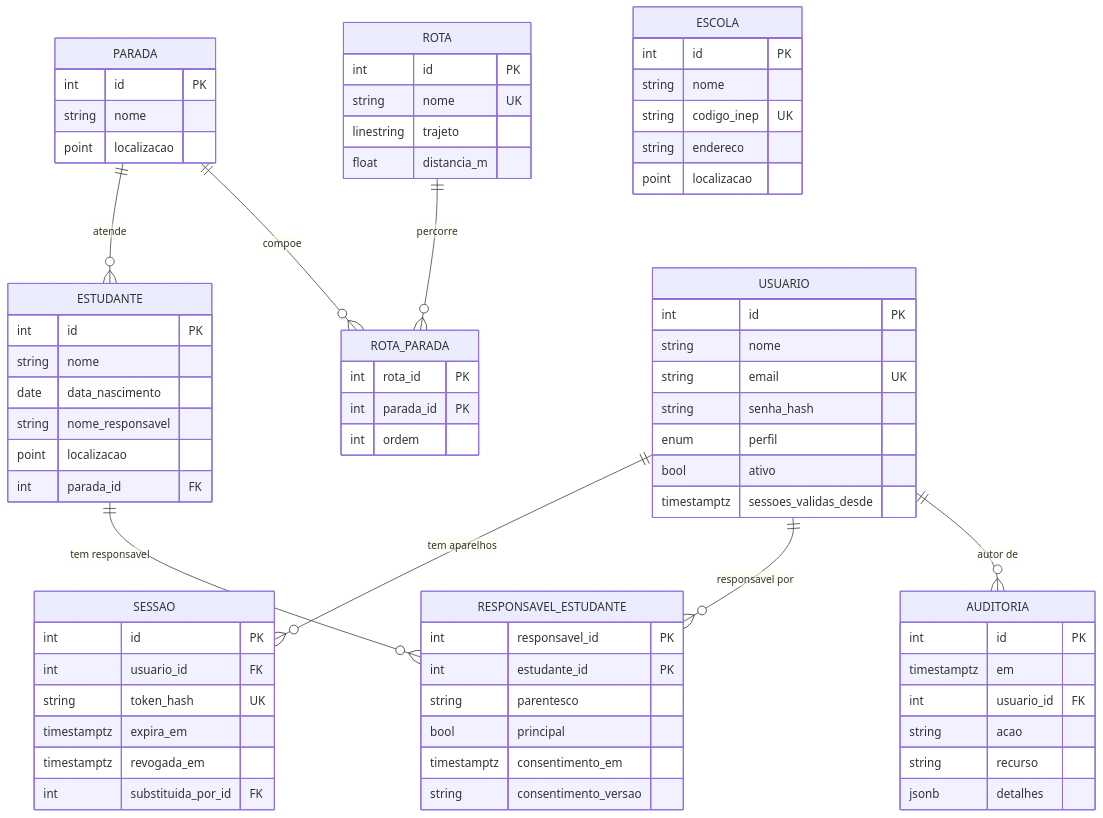
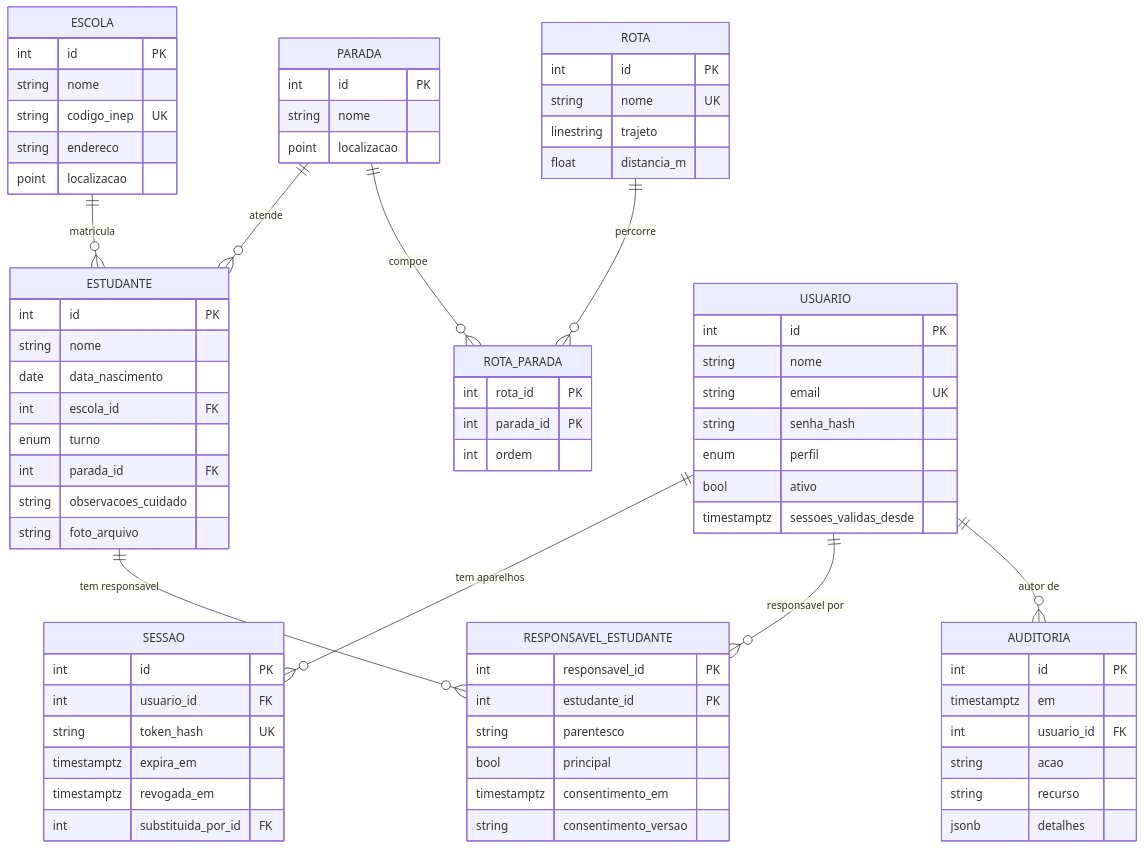
The diagram in docs/modelo-er.md (noirelab/educamobile), drawn with Mermaid before and after one commit. The commit also changed other lines of this file and 24 other files, not shown here.

````diff
--- a/docs/modelo-er.md
+++ b/docs/modelo-er.md
@@ -5,57 +5,60 @@
 ```mermaid
 erDiagram
     PARADA ||--o{ ESTUDANTE : atende
     ROTA ||--o{ ROTA_PARADA : percorre
     PARADA ||--o{ ROTA_PARADA : compoe
     USUARIO ||--o{ SESSAO : "tem aparelhos"
     USUARIO ||--o{ RESPONSAVEL_ESTUDANTE : "responsavel por"
     ESTUDANTE ||--o{ RESPONSAVEL_ESTUDANTE : "tem responsavel"
     USUARIO ||--o{ AUDITORIA : "autor de"
 
     ESCOLA { int id PK
         string nome
         string codigo_inep UK
         string endereco
         point localizacao }
+    ESCOLA ||--o{ ESTUDANTE : matricula
     ESTUDANTE { int id PK
         string nome
         date data_nascimento
-        string nome_responsavel
-        point localizacao
-        int parada_id FK }
+        int escola_id FK
+        enum turno
+        int parada_id FK
+        string observacoes_cuidado
+        string foto_arquivo }
     PARADA { int id PK
         string nome
         point localizacao }
     ROTA { int id PK
         string nome UK
         linestring trajeto
         float distancia_m }
     ROTA_PARADA { int rota_id PK
         int parada_id PK
         int ordem }
     USUARIO { int id PK
         string nome
         string email UK
         string senha_hash
         enum perfil
         bool ativo
         timestamptz sessoes_validas_desde }
     SESSAO { int id PK
         int usuario_id FK
         string token_hash UK
         timestamptz expira_em
         timestamptz revogada_em
         int substituida_por_id FK }
     RESPONSAVEL_ESTUDANTE { int responsavel_id PK
         int estudante_id PK
         string parentesco
         bool principal
         timestamptz consentimento_em
         string consentimento_versao }
     AUDITORIA { int id PK
         timestamptz em
         int usuario_id FK
         string acao
         string recurso
         jsonb detalhes }
 ```
````
